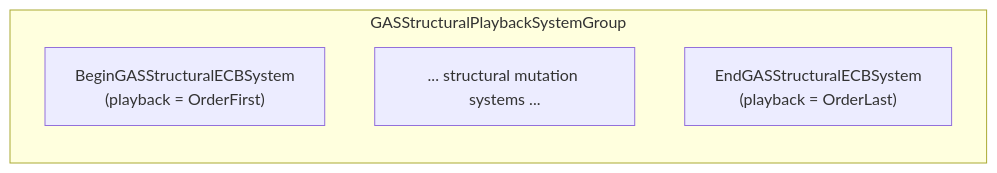
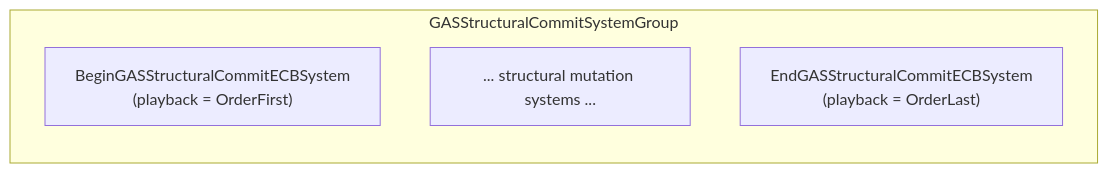
One commit to Bo-ki/gameplay-ability-system-for-unity changed the third of 9 diagrams in 方案讨论/针对2.0的ECS架构的迭代方案讨论/01-目标态架构共识/03-RuntimeCore管线Spec.md. Above: the diagram before and after it, drawn with Mermaid. The commit also changed other lines of this file and 455 other files, not shown here.

````diff
--- a/方案讨论/针对2.0的ECS架构的迭代方案讨论/01-目标态架构共识/03-RuntimeCore管线Spec.md
+++ b/方案讨论/针对2.0的ECS架构的迭代方案讨论/01-目标态架构共识/03-RuntimeCore管线Spec.md
@@ -85,8 +119,8 @@
 ```mermaid
 flowchart LR
-    subgraph GASStructuralPlaybackSystemGroup
-        BeginGasStructuralECB["BeginGASStructuralECBSystem\n(playback = OrderFirst)"]
+    subgraph GASStructuralCommitSystemGroup
+        BeginGasStructuralECB["BeginGASStructuralCommitECBSystem\n(playback = OrderFirst)"]
         GasStructuralSystems["... structural mutation systems ..."]
-        EndGasStructuralECB["EndGASStructuralECBSystem\n(playback = OrderLast)"]
+        EndGasStructuralECB["EndGASStructuralCommitECBSystem\n(playback = OrderLast)"]
     end
 ```
````
